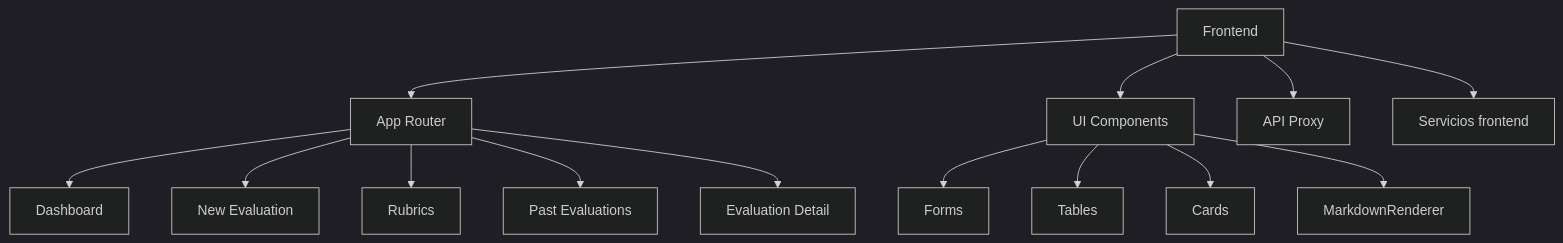
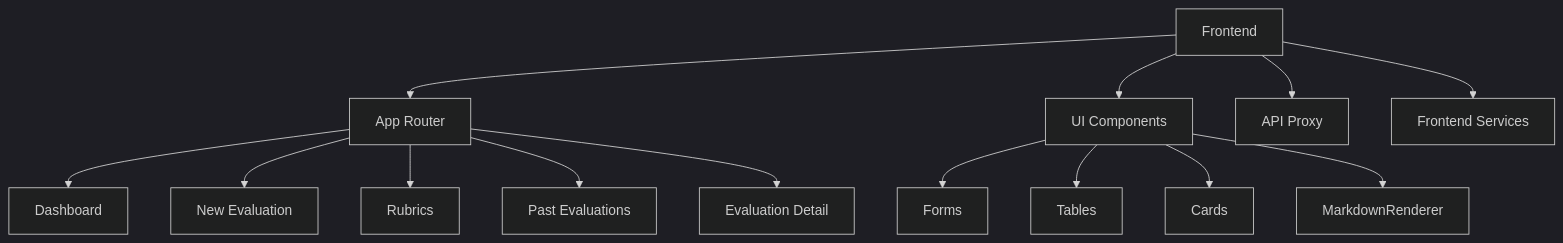
One commit to Bootcamp-IA-P5/ai-repo-evaluator changed the second of 4 diagrams in frontend/README.md. Above: the diagram before and after it, drawn with Mermaid (dark theme). The commit also changed other lines of this file, not shown here.

First line of the commit message:
Update frontend README

````diff
--- a/frontend/README.md
+++ b/frontend/README.md
@@ -83,18 +83,18 @@
 ```mermaid
 flowchart TD
   A[Frontend] --> B[App Router]
   A --> C[UI Components]
   A --> D[API Proxy]
-  A --> E[Servicios frontend]
+  A --> E[Frontend Services]
 
   B --> B1[Dashboard]
   B --> B2[New Evaluation]
   B --> B3[Rubrics]
   B --> B4[Past Evaluations]
   B --> B5[Evaluation Detail]
 
   C --> C1[Forms]
   C --> C2[Tables]
   C --> C3[Cards]
   C --> C4[MarkdownRenderer]
 ```
````
